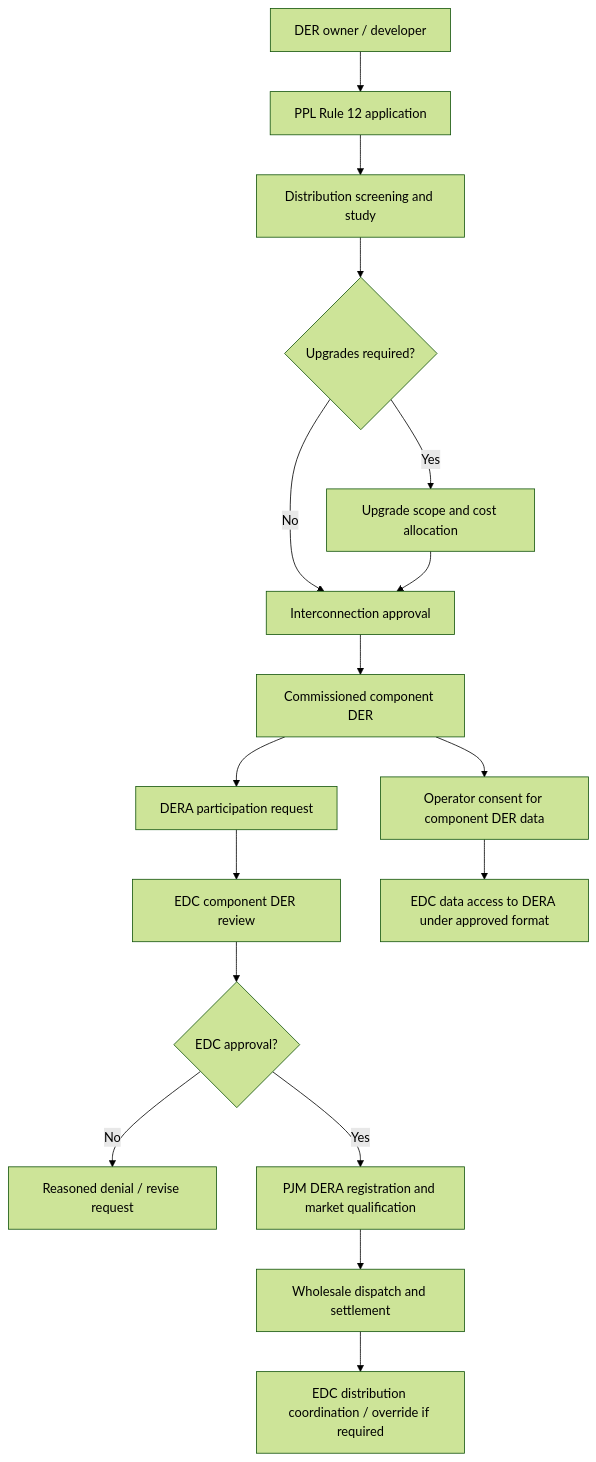
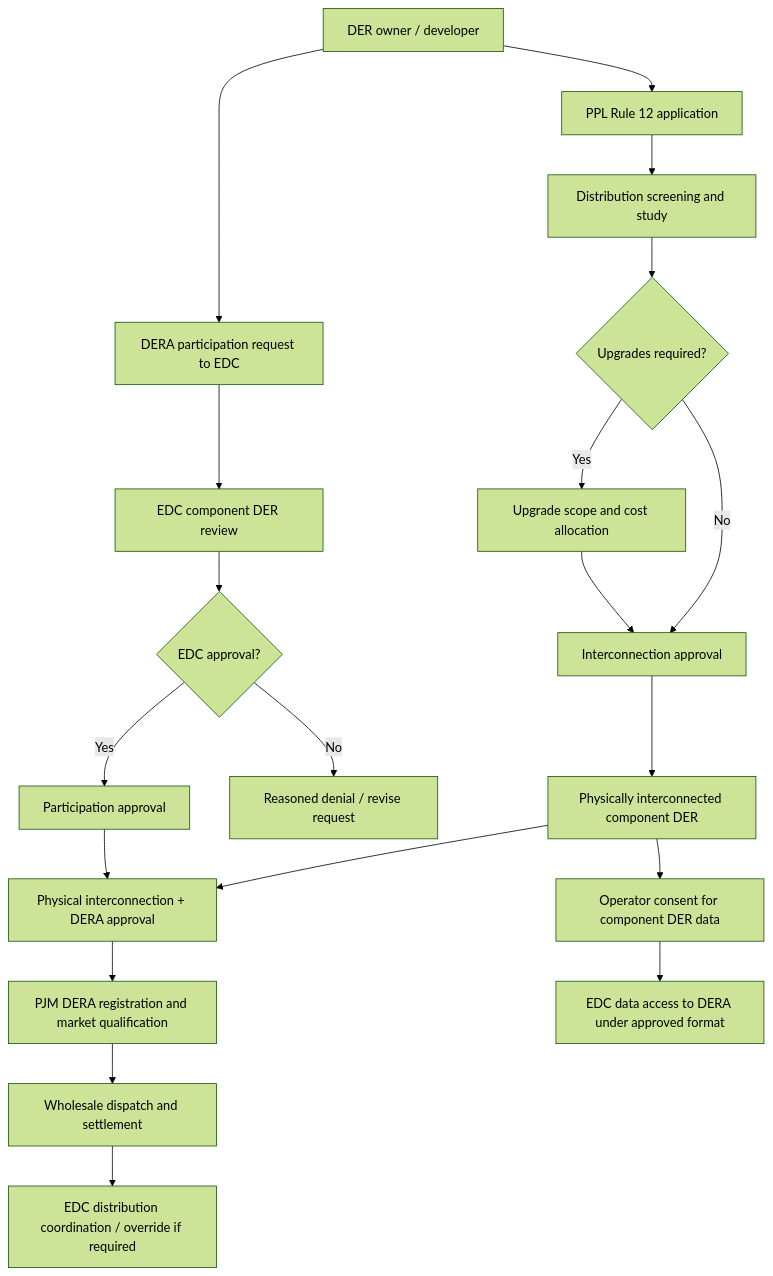
One commit to ASM-21/energy-systems-doctoral-program changed the diagram in research/casebooks/pa-der-interconnection/README.md. Above: the diagram before and after it, drawn with Mermaid (forest theme).

Commit message:
Clarify parallel interconnection and DERA approval pathways

````diff
--- a/research/casebooks/pa-der-interconnection/README.md
+++ b/research/casebooks/pa-der-interconnection/README.md
@@ -111,19 +111,22 @@
 ```mermaid
 flowchart TD
     A[DER owner / developer] --> B[PPL Rule 12 application]
     B --> C[Distribution screening and study]
     C --> D{Upgrades required?}
     D -->|Yes| E[Upgrade scope and cost allocation]
     D -->|No| F[Interconnection approval]
     E --> F
-    F --> G[Commissioned component DER]
-    G --> H[DERA participation request]
+    F --> G[Physically interconnected component DER]
+    A --> H[DERA participation request to EDC]
     H --> I[EDC component DER review]
     I --> J{EDC approval?}
     J -->|No| K[Reasoned denial / revise request]
-    J -->|Yes| L[PJM DERA registration and market qualification]
-    L --> M[Wholesale dispatch and settlement]
-    M --> N[EDC distribution coordination / override if required]
-    G --> O[Operator consent for component DER data]
-    O --> P[EDC data access to DERA under approved format]
+    J -->|Yes| L[Participation approval]
+    G --> M[Physical interconnection + DERA approval]
+    L --> M
+    M --> N[PJM DERA registration and market qualification]
+    N --> O[Wholesale dispatch and settlement]
+    O --> P[EDC distribution coordination / override if required]
+    G --> Q[Operator consent for component DER data]
+    Q --> R[EDC data access to DERA under approved format]
 ```
````
